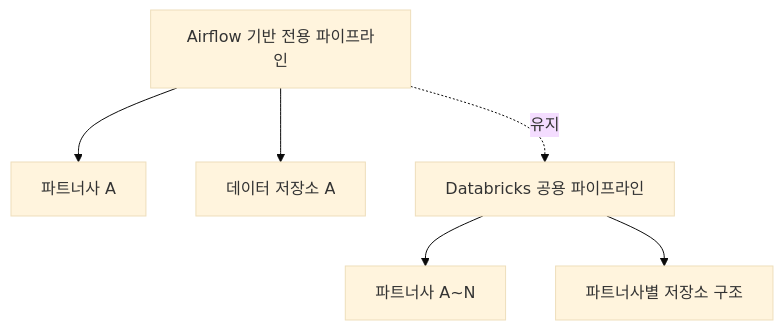
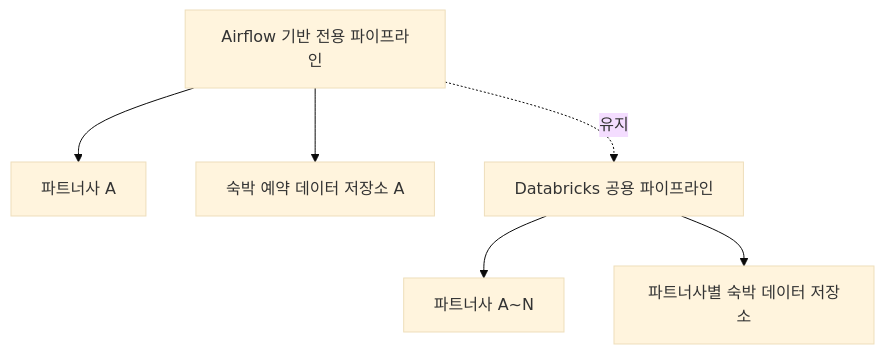
The first of 5 diagrams in _posts/2025-03-15-etl-pipeline.md (yeokyeong-yoon/yeokyeong-yoon.github.io), drawn with Mermaid before and after one commit. The commit also changed other lines of this file, not shown here.

````diff
--- a/_posts/2025-03-15-etl-pipeline.md
+++ b/_posts/2025-03-15-etl-pipeline.md
@@ -21,9 +21,9 @@
 ```mermaid
 %%{init: {'theme': 'base', 'themeVariables': { 'fontSize': '16px'}}}%%
 graph TD
     A[Airflow 기반 전용 파이프라인] --> B[파트너사 A]
-    A --> C[데이터 저장소 A]
+    A --> C[숙박 예약 데이터 저장소 A]
     D[Databricks 공용 파이프라인] --> E[파트너사 A~N]
-    D --> F[파트너사별 저장소 구조]
+    D --> F[파트너사별 숙박 데이터 저장소]
     A -. 유지 -.-> D
 ```
````
